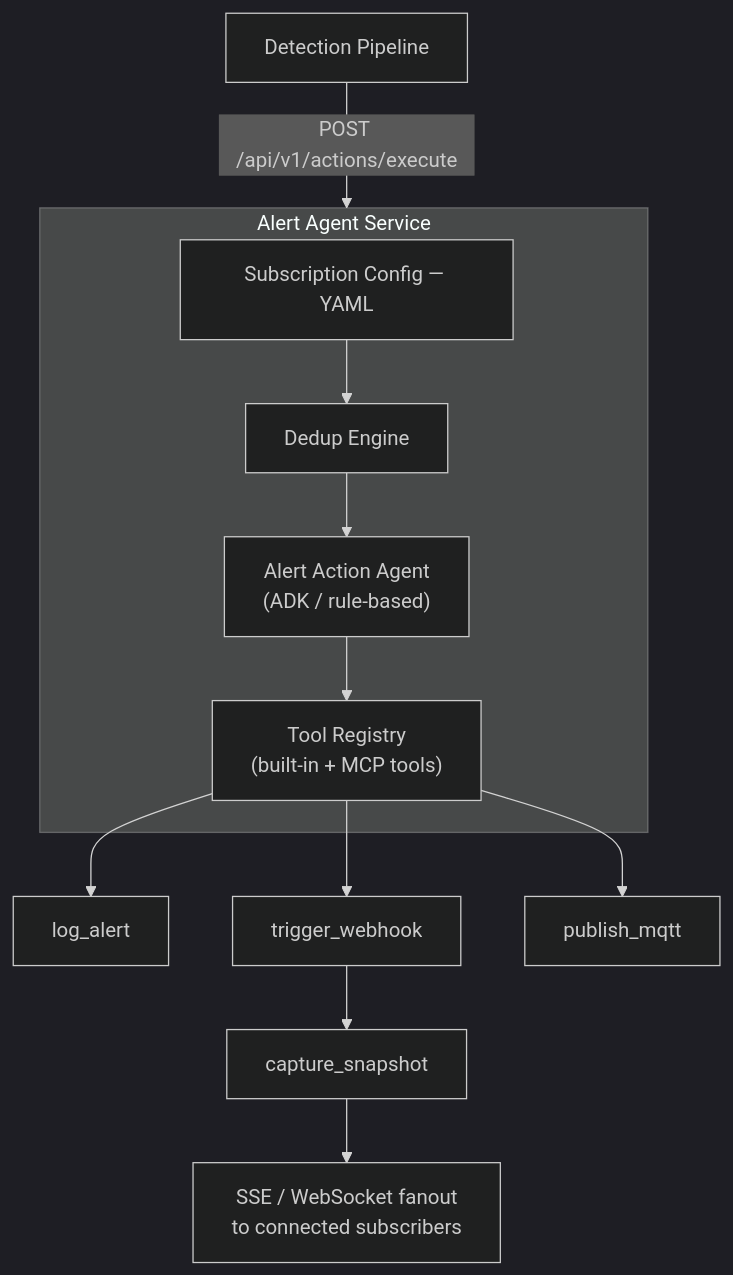
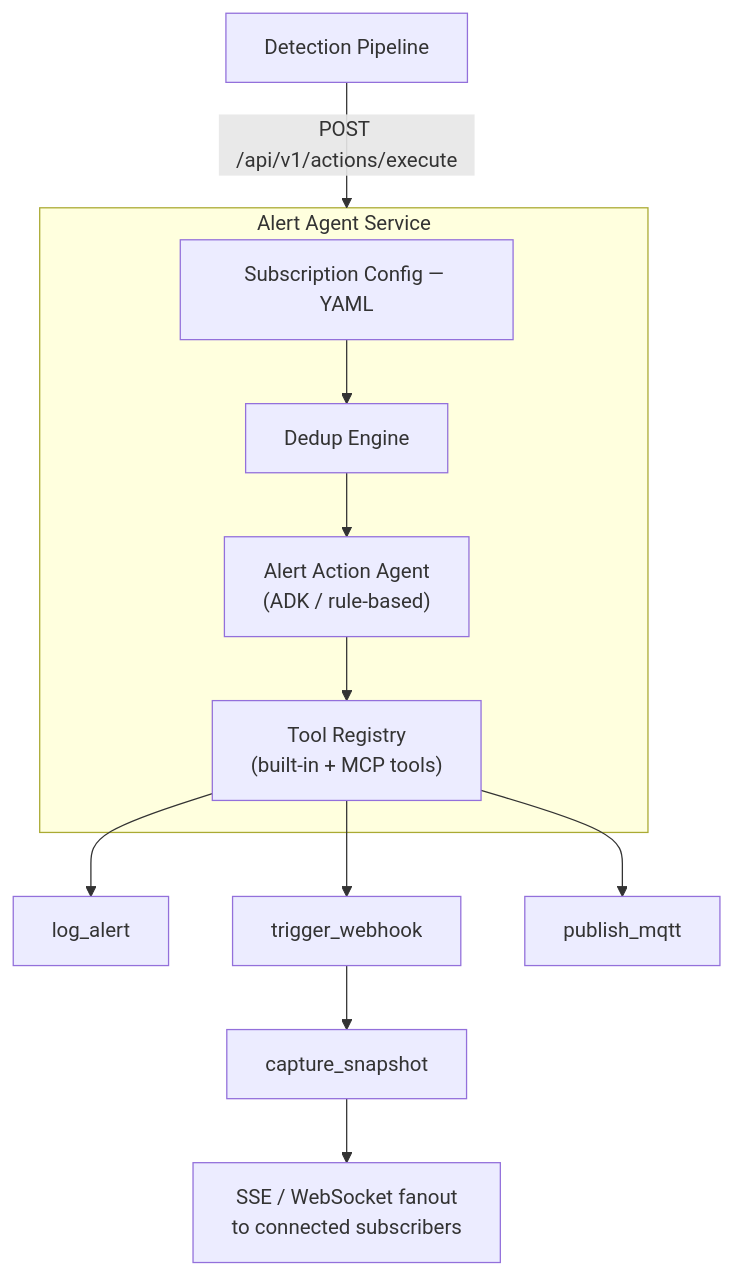
Before and after one commit to sgolebiewski-intel/edge-ai-libraries: the diagram in microservices/alert-agent-service/docs/user-guide/how-it-works.md, drawn with Mermaid. The commit also changed 8 other files, not shown here.

Commit message:
[DOCS] Remove the now redundant dark mode tag from Mermaid (#3235)

````diff
--- a/microservices/alert-agent-service/docs/user-guide/how-it-works.md
+++ b/microservices/alert-agent-service/docs/user-guide/how-it-works.md
@@ -16,21 +16,18 @@
 ```mermaid
----
-config: {"theme": "dark"}
----
 flowchart TD
     A[Detection Pipeline] -->|POST /api/v1/actions/execute| B
 
     subgraph B[Alert Agent Service]
         C[Subscription Config — YAML]
         D[Dedup Engine]
         E["Alert Action Agent<br/>(ADK / rule-based)"]
         F["Tool Registry<br/>(built-in + MCP tools)"]
         C --> D --> E --> F
     end
 
     F --> G[log_alert]
     F --> H[trigger_webhook]
     F --> I[publish_mqtt]
     H --> J[capture_snapshot]
     J --> K["SSE / WebSocket fanout<br/>to connected subscribers"]
 ```
````
